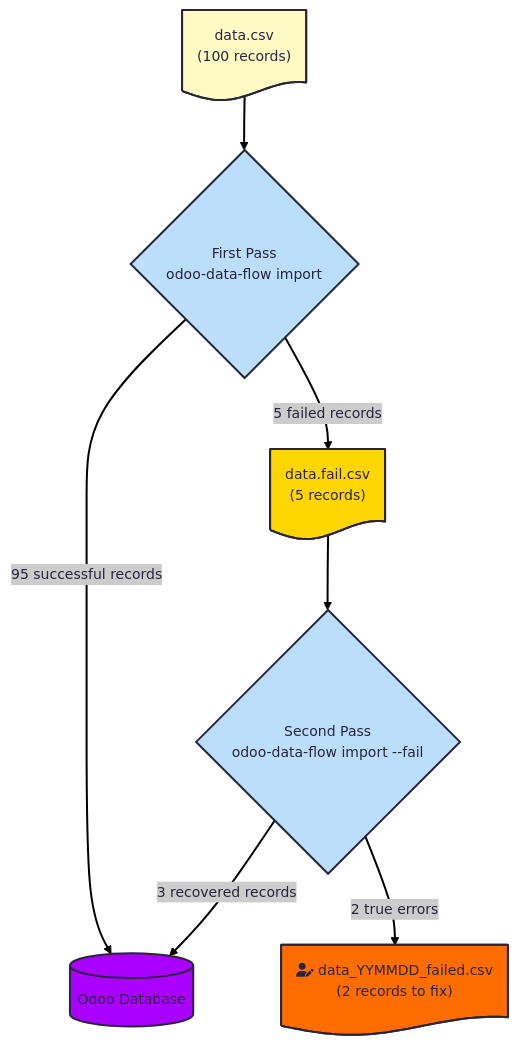
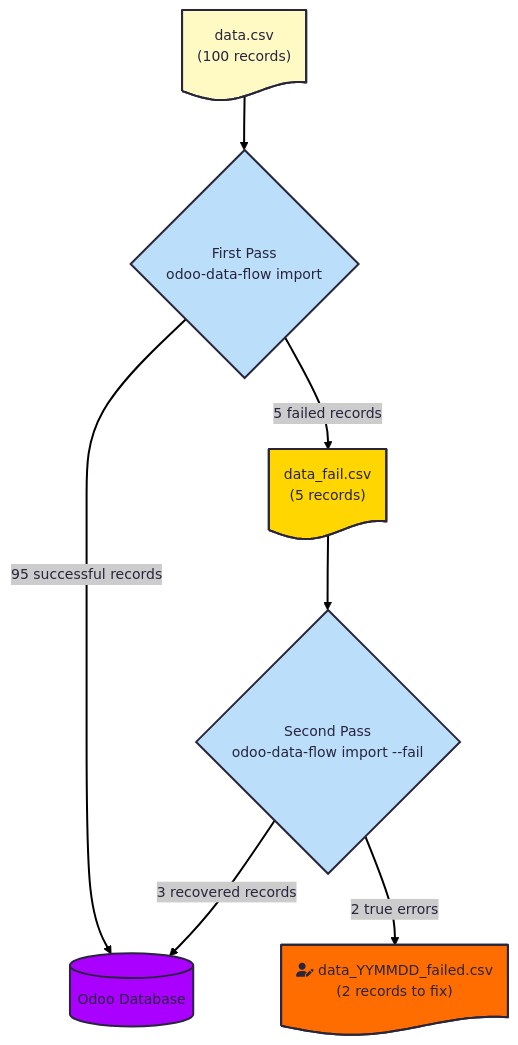
The fourth of 5 diagrams in docs/core_concepts.md (bosd/odoo-data-flow), drawn with Mermaid before and after one commit. The commit also changed other lines of this file and 8 other files, not shown here.

````diff
--- a/docs/core_concepts.md
+++ b/docs/core_concepts.md
@@ -159,25 +159,25 @@
 ```{mermaid}
 ---
 config:
   theme: redux
 ---
 flowchart TD
     A["data.csv<br>(100 records)"] --> B{"First Pass<br>odoo-data-flow import"}
     B -- 95 successful records --> C["Odoo Database"]
-    B -- 5 failed records --> D["data.fail.csv<br>(5 records)"]
+    B -- 5 failed records --> D["data_fail.csv<br>(5 records)"]
     D --> E{"Second Pass<br>odoo-data-flow import --fail"}
     E -- 3 recovered records --> C
     E -- 2 true errors --> F["fa:fa-user-edit data_YYMMDD_failed.csv<br>(2 records to fix)"]
 
     A@{ shape: doc}
     C@{ shape: cyl}
     D@{ shape: doc}
     F@{ shape: doc}
     style A fill:#FFF9C4
     style B fill:#BBDEFB
     style C fill:#AA00FF
     style D fill:#FFD600
     style E fill:#BBDEFB
     style F fill:#FF6D00
 
 ```
````
